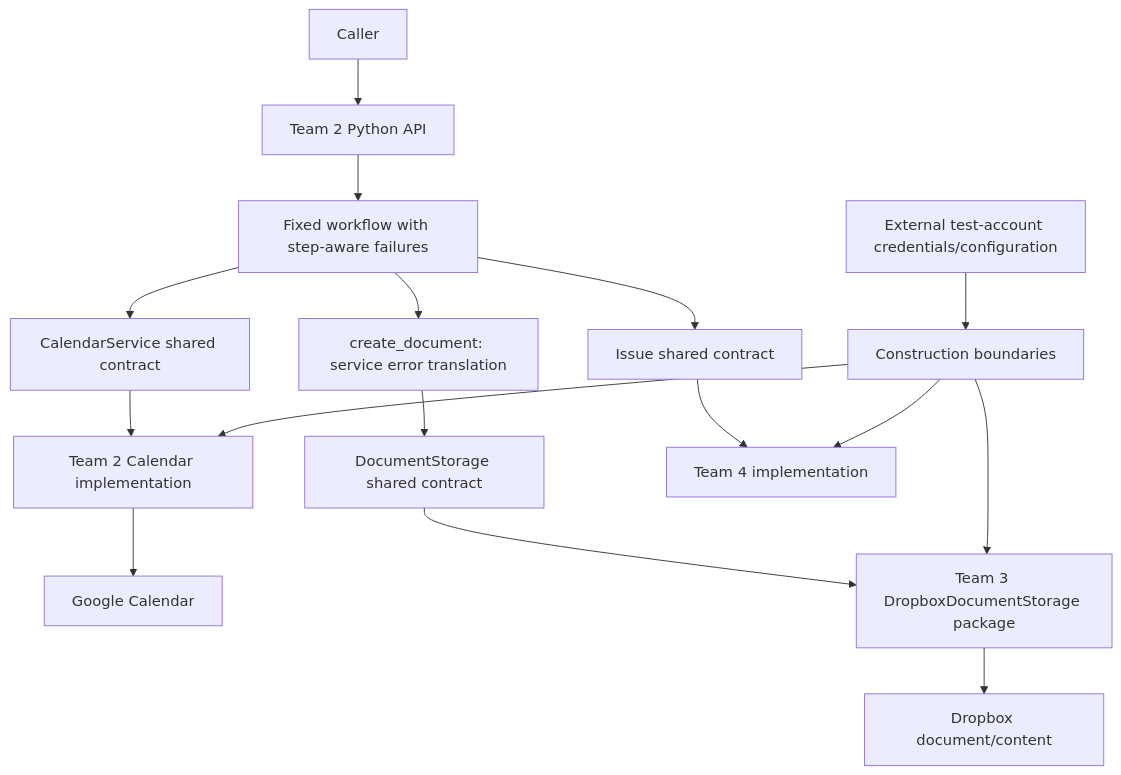
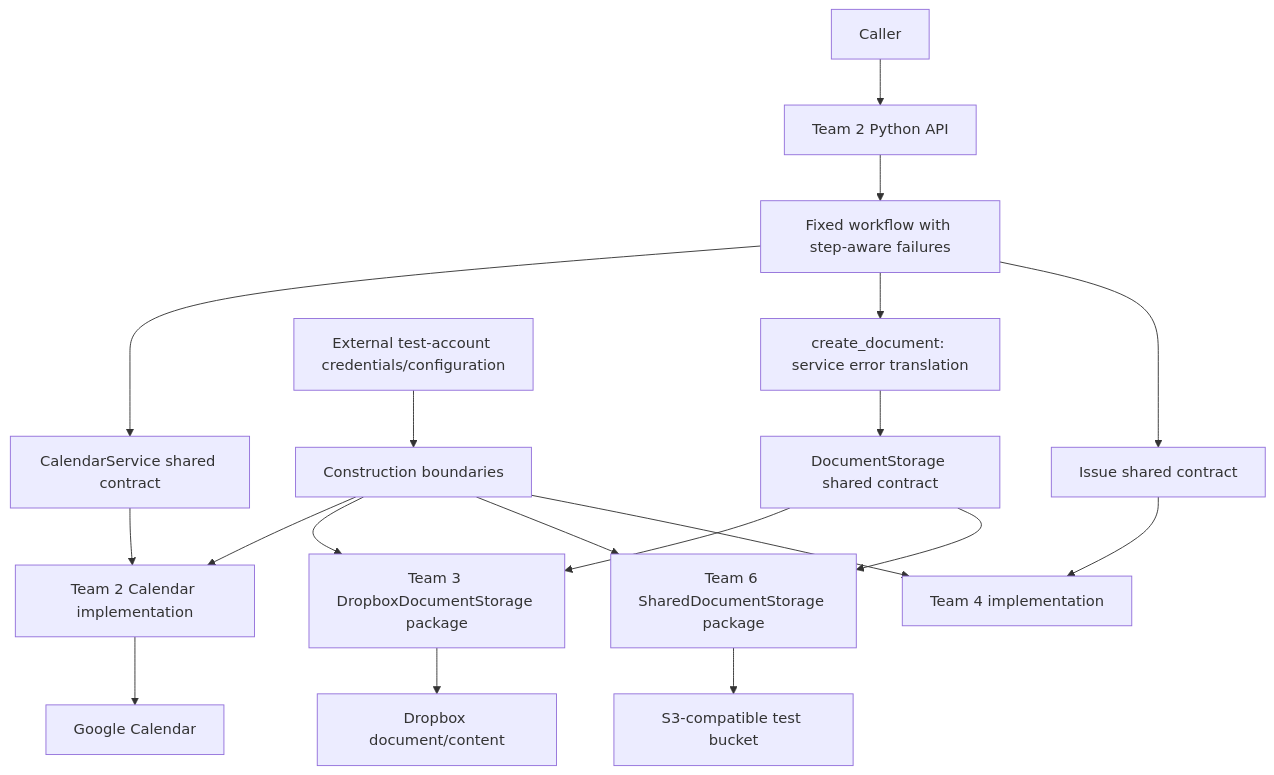
The second of 2 diagrams in docs/DESIGN.md (Airbus-A330/OSPSD-Team-2), drawn with Mermaid before and after one commit. The commit also changed other lines of this file and 10 other files, not shown here.

Commit message:
feat: add configuration-selected Team 6 storage package

````diff
--- a/docs/DESIGN.md
+++ b/docs/DESIGN.md
@@ -233,18 +236,21 @@
 ```mermaid
 flowchart TD
     Caller[Caller] --> API[Team 2 Python API]
     API --> Workflow[Fixed workflow with step-aware failures]
     Workflow --> Calendar[CalendarService shared contract]
     Calendar --> Team2[Team 2 Calendar implementation]
     Team2 --> Google[Google Calendar]
     Workflow --> Create[create_document: service error translation]
     Create --> Storage[DocumentStorage shared contract]
     Storage --> Team3[Team 3 DropboxDocumentStorage package]
+    Storage --> Team6[Team 6 SharedDocumentStorage package]
+    Team6 --> S3Bucket[S3-compatible test bucket]
     Team3 --> Dropbox[Dropbox document/content]
     Workflow --> Issue[Issue shared contract]
     Issue --> Team4[Team 4 implementation]
     Config[External test-account credentials/configuration] --> Factory[Construction boundaries]
     Factory --> Team2
     Factory --> Team3
+    Factory --> Team6
     Factory --> Team4
 ```
````
